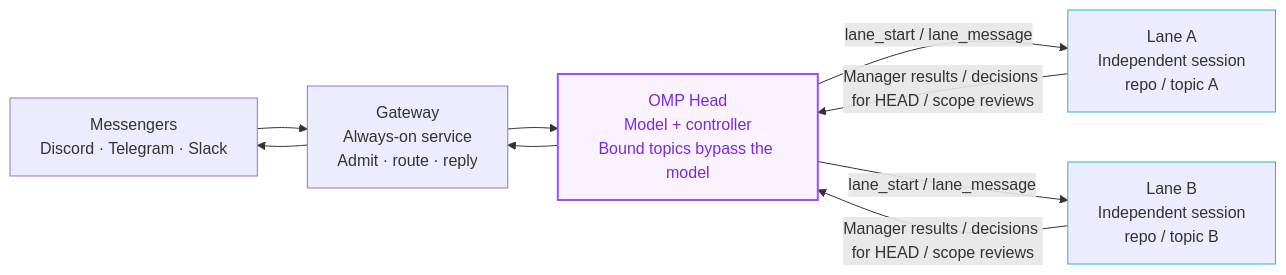
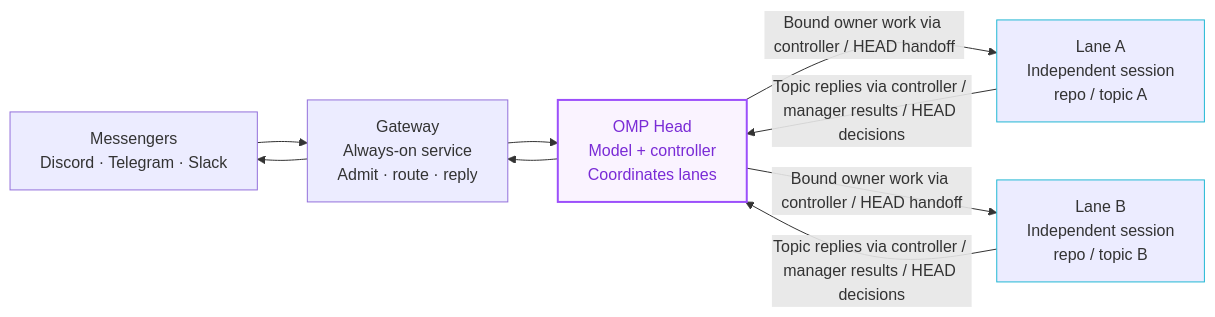
Before and after one commit to 1Morganmore/omp-superagent: the diagram in assets/architecture.mmd, drawn with Mermaid. The commit also changed 36 other files, not shown here.

First line of the commit message:
Let owners redirect bound lanes without HEAD approval

```diff
--- a/assets/architecture.mmd
+++ b/assets/architecture.mmd
@@ -1,18 +1,18 @@
 flowchart LR
     M["Messengers<br/>Discord · Telegram · Slack"]
     G["Gateway<br/>Always-on service<br/>Admit · route · reply"]
-    H["OMP Head<br/>Model + controller<br/>Bound topics bypass the model"]
+    H["OMP Head<br/>Model + controller<br/>Coordinates lanes"]
     A["Lane A<br/>Independent session<br/>repo / topic A"]
     B["Lane B<br/>Independent session<br/>repo / topic B"]
     M --> G
     G --> H
-    H -->|"lane_start / lane_message"| A
-    H -->|"lane_start / lane_message"| B
-    A -->|"Manager results / decisions for HEAD / scope reviews"| H
-    B -->|"Manager results / decisions for HEAD / scope reviews"| H
+    H -->|"Bound owner work via controller / HEAD handoff"| A
+    H -->|"Bound owner work via controller / HEAD handoff"| B
+    A -->|"Topic replies via controller / manager results / HEAD decisions"| H
+    B -->|"Topic replies via controller / manager results / HEAD decisions"| H
     H --> G
     G --> M
     classDef head fill:#faf3ff,stroke:#9c4ffb,color:#7a2bd6,stroke-width:2px
     classDef lane stroke:#22b8d4
     class H head
     class A,B lane
```
